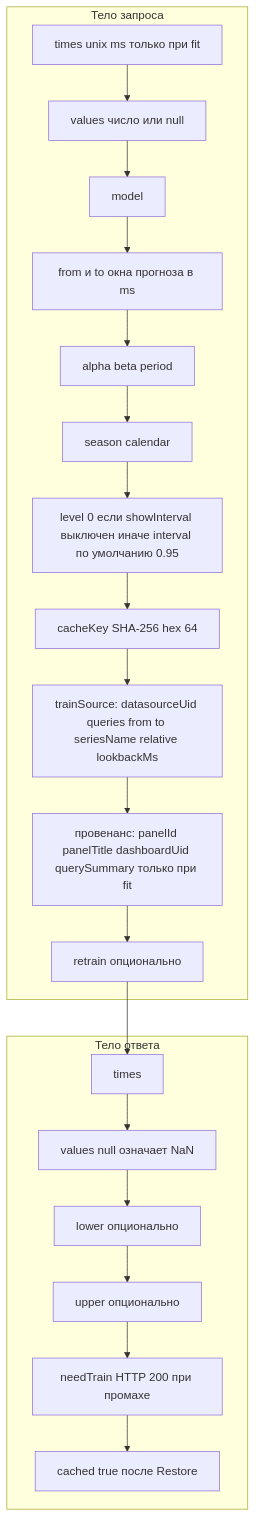
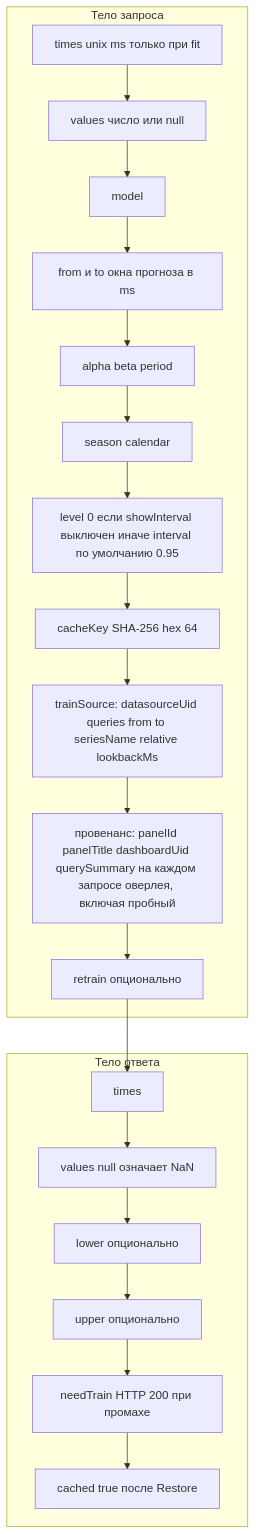
One commit to eduard-kolotushin/timeseries-grafana changed the diagram in diagrams/08-request-response.md. Above: the diagram before and after it, drawn with Mermaid. The commit also changed 8 other files, not shown here.

````diff
--- a/diagrams/08-request-response.md
+++ b/diagrams/08-request-response.md
@@ -12,25 +12,25 @@
 ```mermaid
 flowchart TB
   subgraph req["Тело запроса"]
     T["times unix ms только при fit"] --> V["values число или null"]
     V --> M["model"]
     M --> W["from и to окна прогноза в ms"]
     W --> P["alpha beta period"]
     P --> S["season calendar"]
     S --> L["level 0 если showInterval выключен иначе interval по умолчанию 0.95"]
     L --> K["cacheKey SHA-256 hex 64"]
     K --> TS["trainSource: datasourceUid queries from to seriesName relative lookbackMs"]
-    TS --> PR["провенанс: panelId panelTitle dashboardUid querySummary только при fit"]
+    TS --> PR["провенанс: panelId panelTitle dashboardUid querySummary на каждом запросе оверлея, включая пробный"]
     PR --> R["retrain опционально"]
   end
 
   subgraph resp["Тело ответа"]
     OT["times"] --> OV["values null означает NaN"]
     OV --> OL["lower опционально"]
     OL --> OU["upper опционально"]
     OU --> NT["needTrain HTTP 200 при промахе"]
     NT --> CH["cached true после Restore"]
   end
 
   R --> OT
 ```
````
